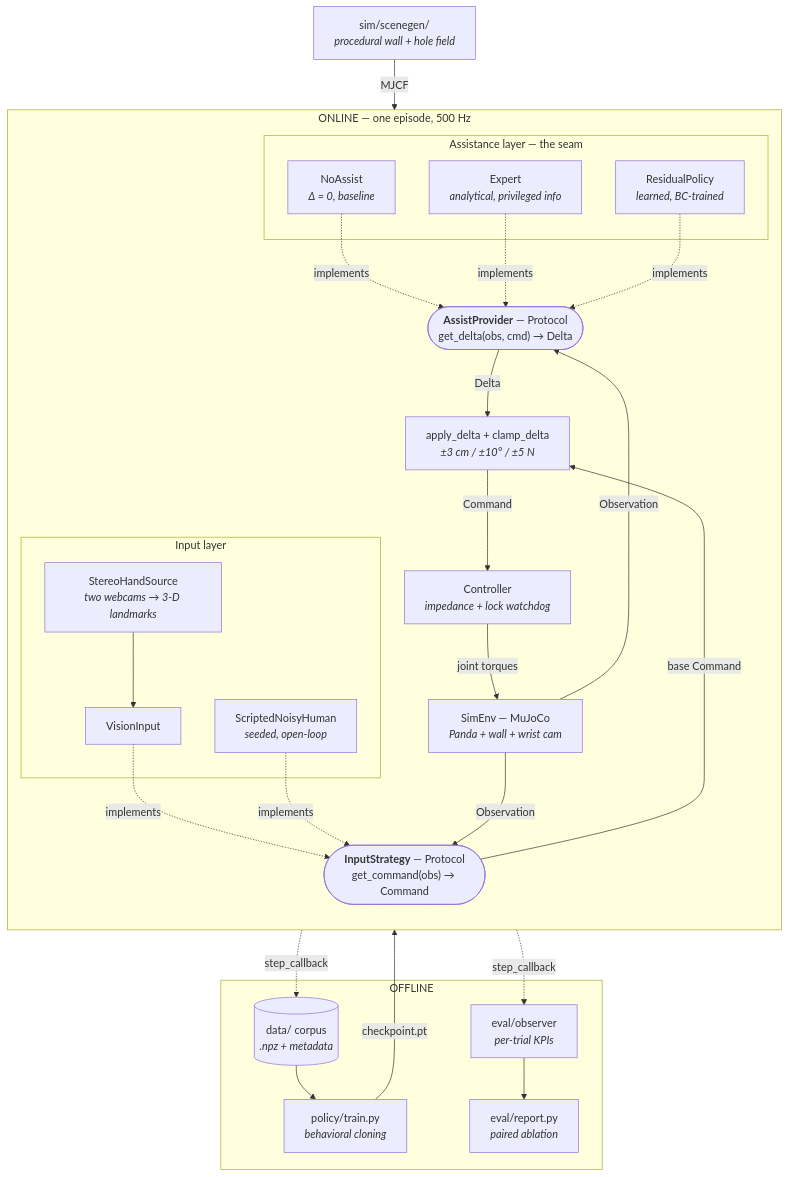
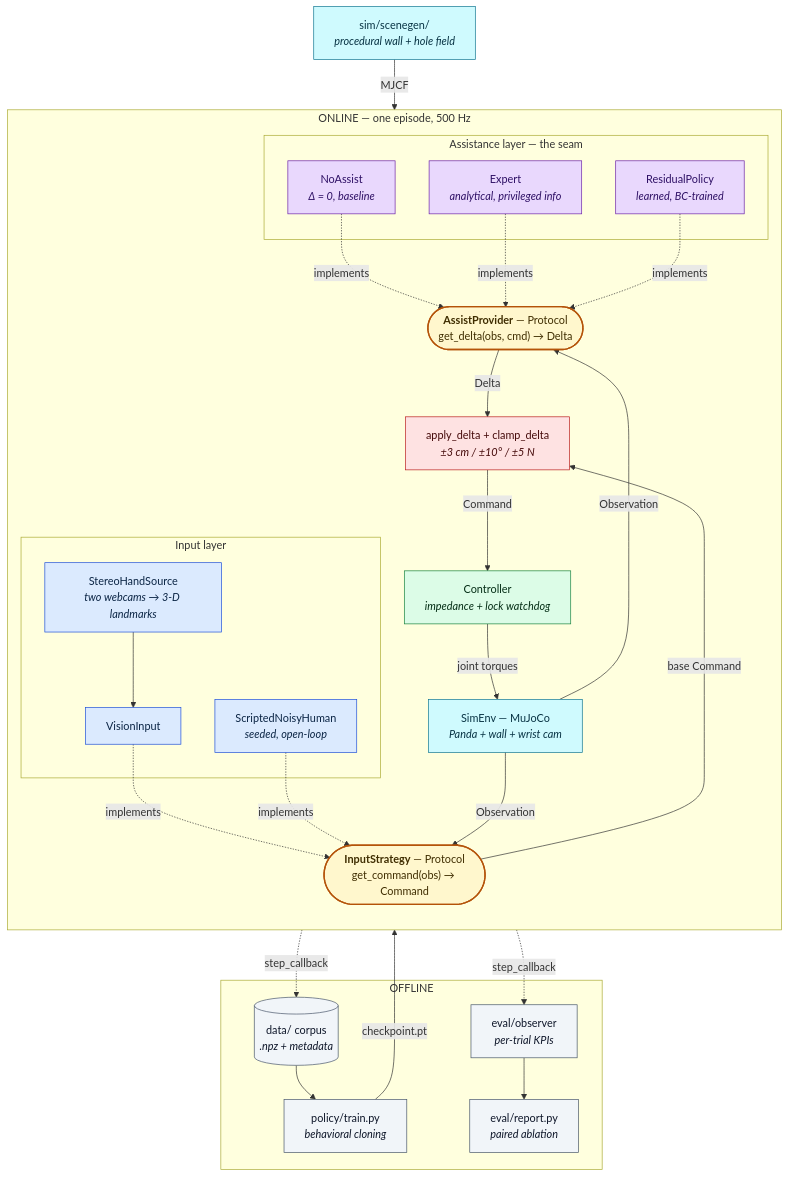
The first of 2 diagrams in docs/design-document.md (NavehBrenner/ai-teleop), drawn with Mermaid before and after one commit. The commit also changed other lines of this file and 1 other file, not shown here.

First line of the commit message:
docs: colour the diagrams, add the model design, correct the 6-DoF claim

````diff
--- a/docs/design-document.md
+++ b/docs/design-document.md
@@ -103,46 +101,62 @@
 ```mermaid
 flowchart TB
     subgraph online["ONLINE — one episode, 500 Hz"]
         direction TB
         subgraph inputlayer["Input layer"]
             SH["StereoHandSource<br/><i>two webcams → 3-D landmarks</i>"]
             VI["VisionInput"]
             SNH["ScriptedNoisyHuman<br/><i>seeded, open-loop</i>"]
             SH --> VI
         end
         IS(["<b>InputStrategy</b> — Protocol<br/>get_command(obs) → Command"])
         VI -.implements.-> IS
         SNH -.implements.-> IS
 
         subgraph assistlayer["Assistance layer — the seam"]
             NA["NoAssist<br/><i>Δ = 0, baseline</i>"]
             EX["Expert<br/><i>analytical, privileged info</i>"]
             RP["ResidualPolicy<br/><i>learned, BC-trained</i>"]
         end
         AP(["<b>AssistProvider</b> — Protocol<br/>get_delta(obs, cmd) → Delta"])
         NA -.implements.-> AP
         EX -.implements.-> AP
         RP -.implements.-> AP
 
         COMB["apply_delta + clamp_delta<br/><i>±3 cm / ±10° / ±5 N</i>"]
         CTRL["Controller<br/><i>impedance + lock watchdog</i>"]
         ENV["SimEnv — MuJoCo<br/><i>Panda + wall + wrist cam</i>"]
 
         IS -->|base Command| COMB
         AP -->|Delta| COMB
         COMB -->|Command| CTRL
         CTRL -->|joint torques| ENV
         ENV -->|Observation| IS
         ENV -->|Observation| AP
     end
 
     SG["sim/scenegen/<br/><i>procedural wall + hole field</i>"] -->|MJCF| ENV
     online -.->|step_callback| REC[("data/ corpus<br/><i>.npz + metadata</i>")]
     online -.->|step_callback| OBS["eval/observer<br/><i>per-trial KPIs</i>"]
 
     subgraph offline["OFFLINE"]
         REC --> TRAIN["policy/train.py<br/><i>behavioral cloning</i>"]
         TRAIN -->|checkpoint.pt| RP
         OBS --> REPORT["eval/report.py<br/><i>paired ablation</i>"]
     end
+
+    classDef inputC   fill:#dbeafe,stroke:#1d4ed8,color:#0b2545
+    classDef contract fill:#fff7cd,stroke:#b45309,color:#3f2d00,stroke-width:2px
+    classDef assistC  fill:#e9d8fd,stroke:#6b21a8,color:#2e1065
+    classDef safetyC  fill:#fee2e2,stroke:#b91c1c,color:#450a0a
+    classDef controlC fill:#dcfce7,stroke:#15803d,color:#052e16
+    classDef worldC   fill:#cffafe,stroke:#0e7490,color:#083344
+    classDef dataC    fill:#f1f5f9,stroke:#475569,color:#0f172a
+
+    class SH,VI,SNH inputC
+    class IS,AP contract
+    class NA,EX,RP assistC
+    class COMB safetyC
+    class CTRL controlC
+    class ENV,SG worldC
+    class REC,TRAIN,OBS,REPORT dataC
 ```
````
